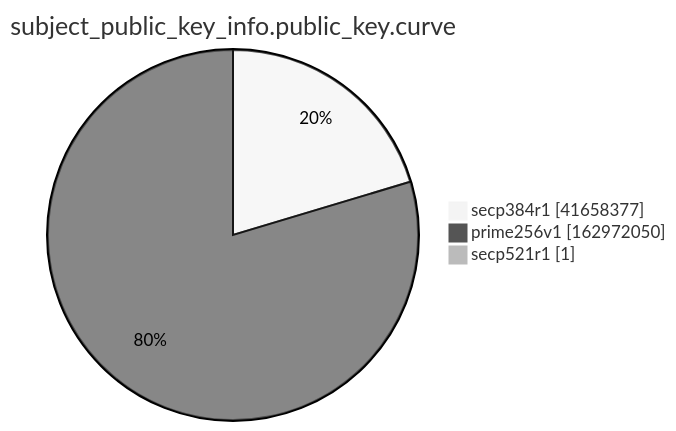
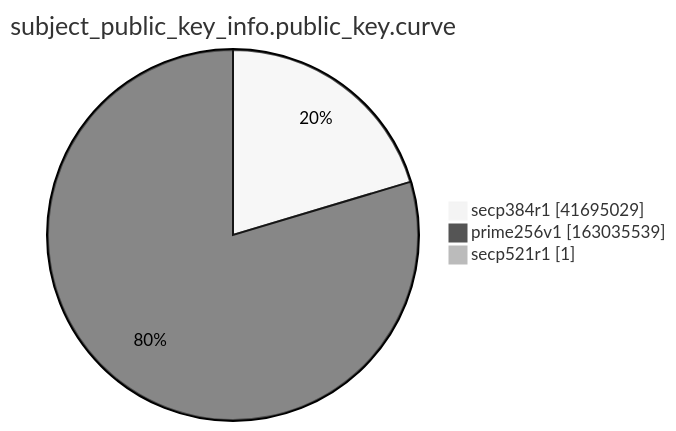
The ninth of 15 diagrams in xenon2022/README.md (christiankrug/ctmonitor_visualization), drawn with Mermaid (neutral theme) before and after one commit. The commit also changed other lines of this file, not shown here.

````diff
--- a/xenon2022/README.md
+++ b/xenon2022/README.md
@@ -2868,7 +2868,7 @@
 ```mermaid
 pie showData
 title subject_public_key_info.public_key.curve
-"secp384r1" :41658377
-"prime256v1" :162972050
+"secp384r1" :41695029
+"prime256v1" :163035539
 "secp521r1" :1
 ```
````
